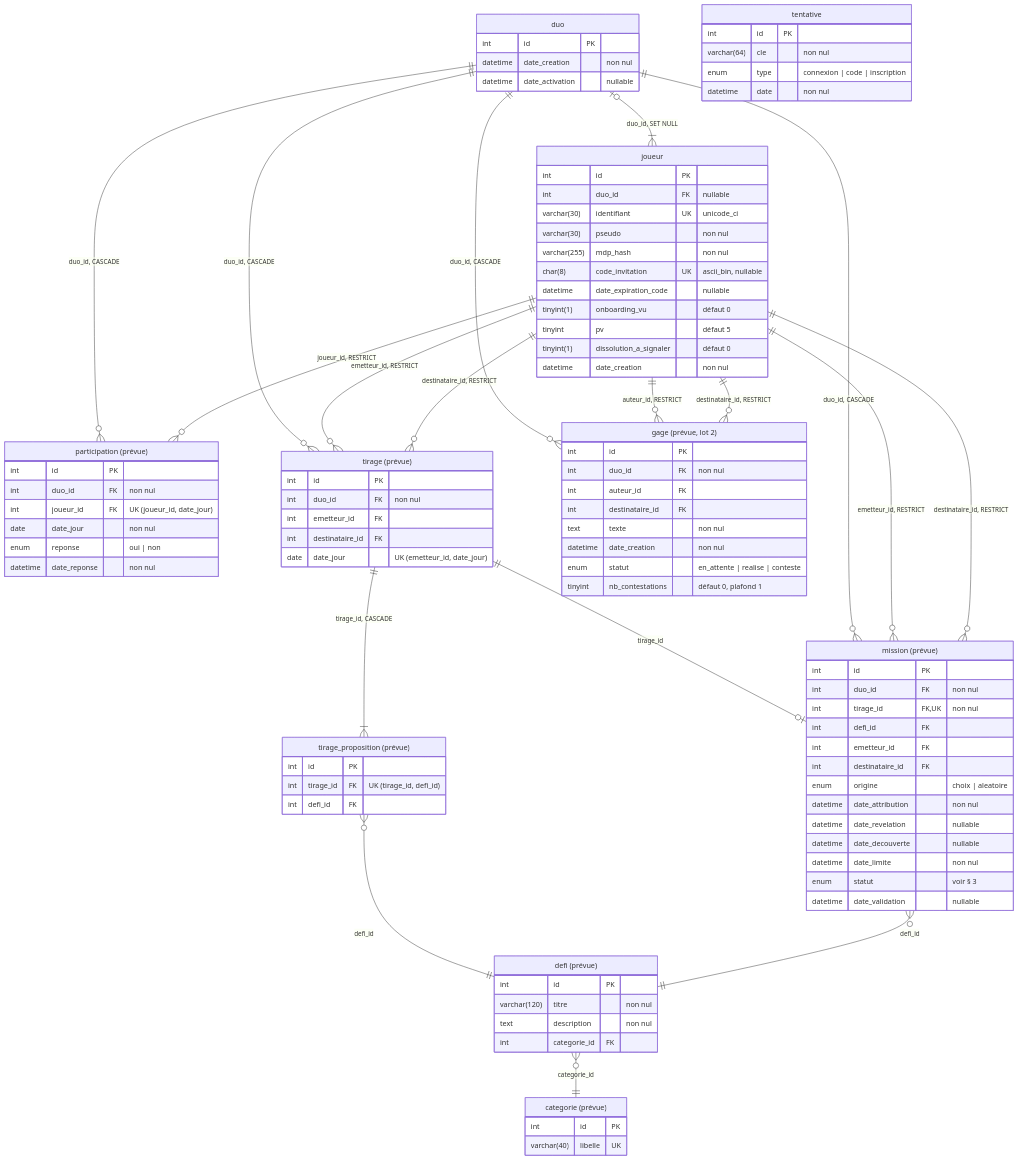
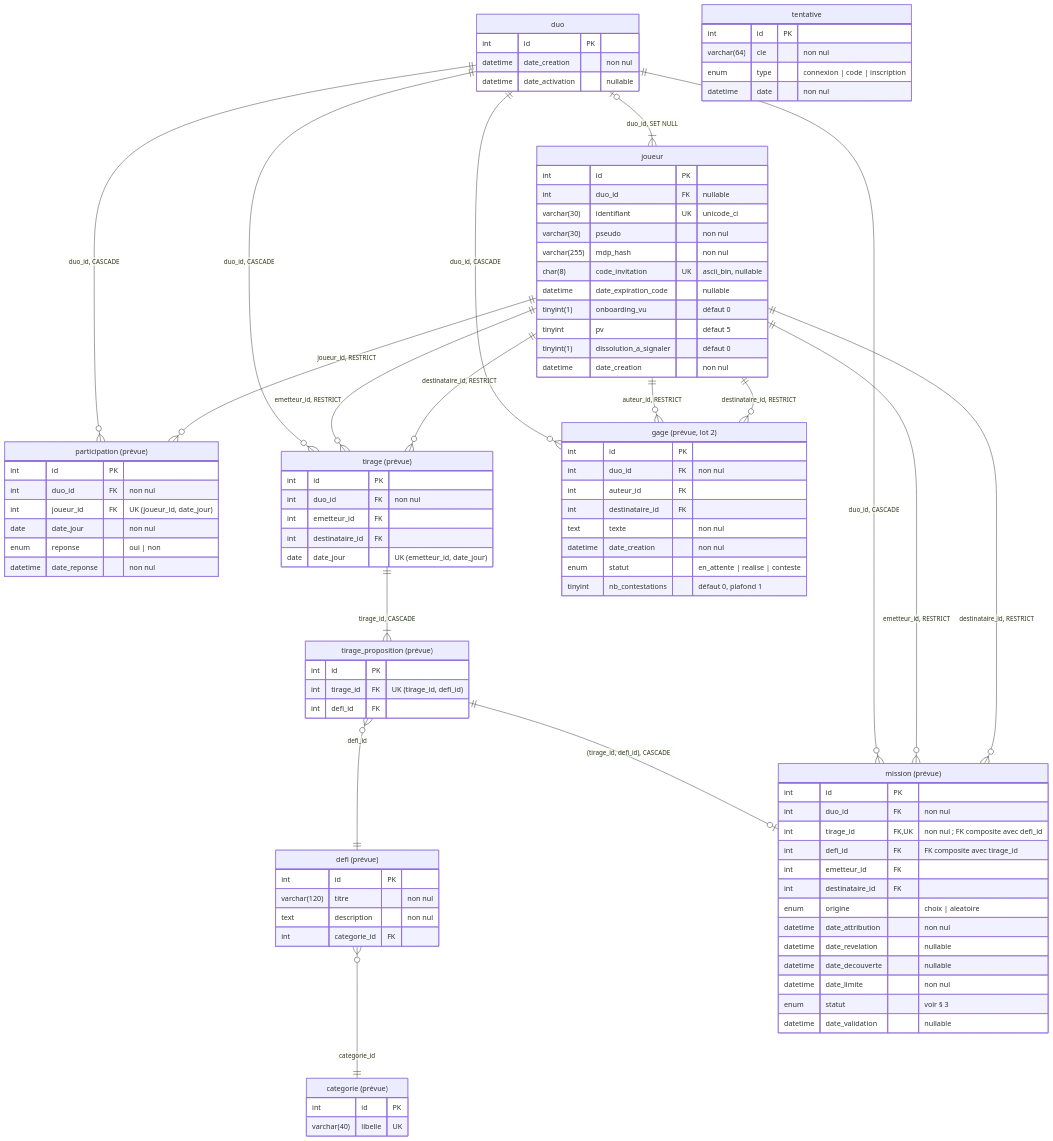
The second of 2 diagrams in 04-technique/modele-donnees.md (matteo-lorenzi/Quest-Love), drawn with Mermaid before and after one commit. The commit also changed other lines of this file, not shown here.

First line of the commit message:
Modèle de données v1.7 : clé composite mission → tirage_proposition

```diff
--- a/04-technique/modele-donnees.md
+++ b/04-technique/modele-donnees.md
@@ -155,8 +158,8 @@
     mission["mission (prévue)"] {
         int id PK
         int duo_id FK "non nul"
-        int tirage_id FK, UK "non nul"
-        int defi_id FK
+        int tirage_id FK, UK "non nul ; FK composite avec defi_id"
+        int defi_id FK "FK composite avec tirage_id"
         int emetteur_id FK
         int destinataire_id FK
         enum origine "choix | aleatoire"
@@ -193,11 +196,10 @@
     tirage ||--|{ tirage_proposition : "tirage_id, CASCADE"
     tirage_proposition }o--|| defi : "defi_id"
     defi }o--|| categorie : "categorie_id"
-    tirage ||--o| mission : "tirage_id"
+    tirage_proposition ||--o| mission : "(tirage_id, defi_id), CASCADE"
     duo ||--o{ mission : "duo_id, CASCADE"
     joueur ||--o{ mission : "emetteur_id, RESTRICT"
     joueur ||--o{ mission : "destinataire_id, RESTRICT"
-    mission }o--|| defi : "defi_id"
     duo ||--o{ gage : "duo_id, CASCADE"
     joueur ||--o{ gage : "auteur_id, RESTRICT"
     joueur ||--o{ gage : "destinataire_id, RESTRICT"
```
